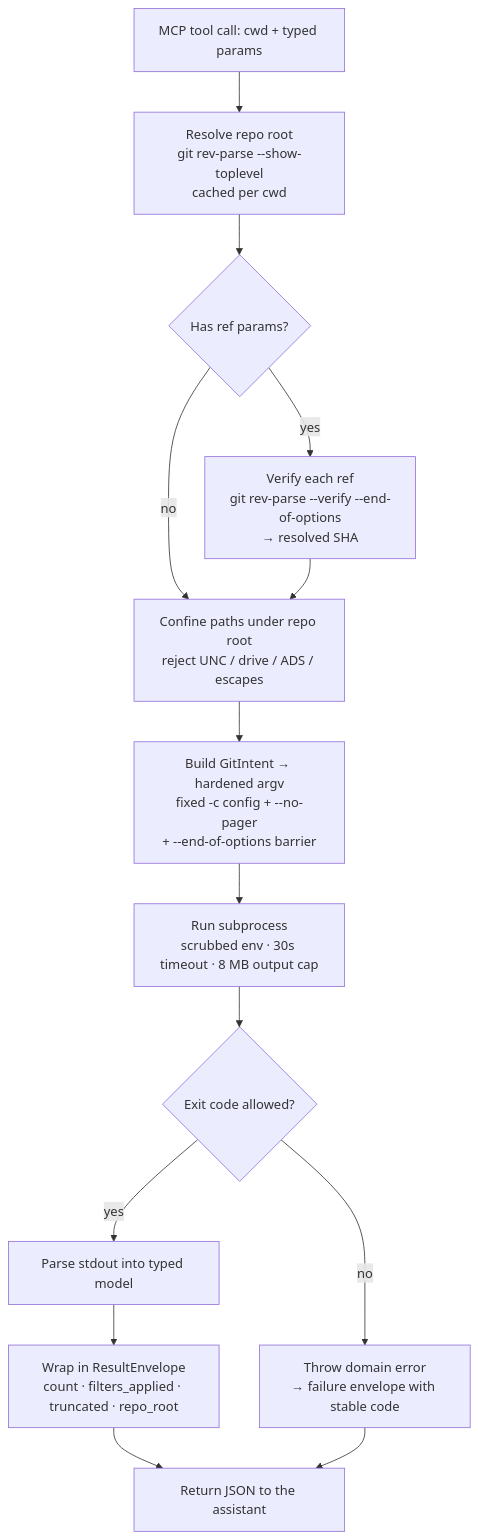
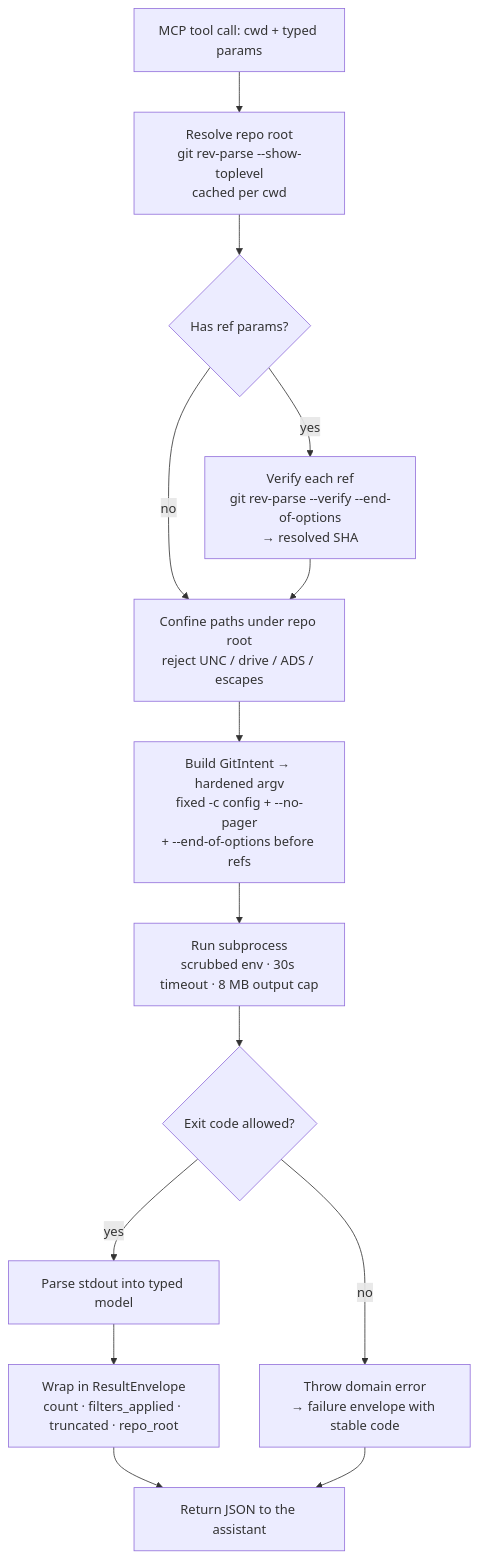
Before and after one commit to brenordv/mcp-toolset: the first of 13 diagrams in src/RaccoonNinja.McpToolset.Server.GitOps/README.md, drawn with Mermaid. The commit also changed other lines of this file and 20 other files, not shown here.

````diff
--- a/src/RaccoonNinja.McpToolset.Server.GitOps/README.md
+++ b/src/RaccoonNinja.McpToolset.Server.GitOps/README.md
@@ -46,16 +46,16 @@
 ```mermaid
 flowchart TD
     A[MCP tool call: cwd + typed params] --> B[Resolve repo root<br/>git rev-parse --show-toplevel<br/>cached per cwd]
     B --> C{Has ref params?}
     C -- yes --> D[Verify each ref<br/>git rev-parse --verify --end-of-options<br/>→ resolved SHA]
     C -- no --> E[Confine paths under repo root<br/>reject UNC / drive / ADS / escapes]
     D --> E
-    E --> F[Build GitIntent → hardened argv<br/>fixed -c config + --no-pager<br/>+ --end-of-options barrier]
+    E --> F[Build GitIntent → hardened argv<br/>fixed -c config + --no-pager<br/>+ --end-of-options before refs]
     F --> G[Run subprocess<br/>scrubbed env · 30s timeout · 8 MB output cap]
     G --> H{Exit code allowed?}
     H -- no --> I[Throw domain error<br/>→ failure envelope with stable code]
     H -- yes --> J[Parse stdout into typed model]
     J --> K[Wrap in ResultEnvelope<br/>count · filters_applied · truncated · repo_root]
     K --> L[Return JSON to the assistant]
     I --> L
 ```
````
